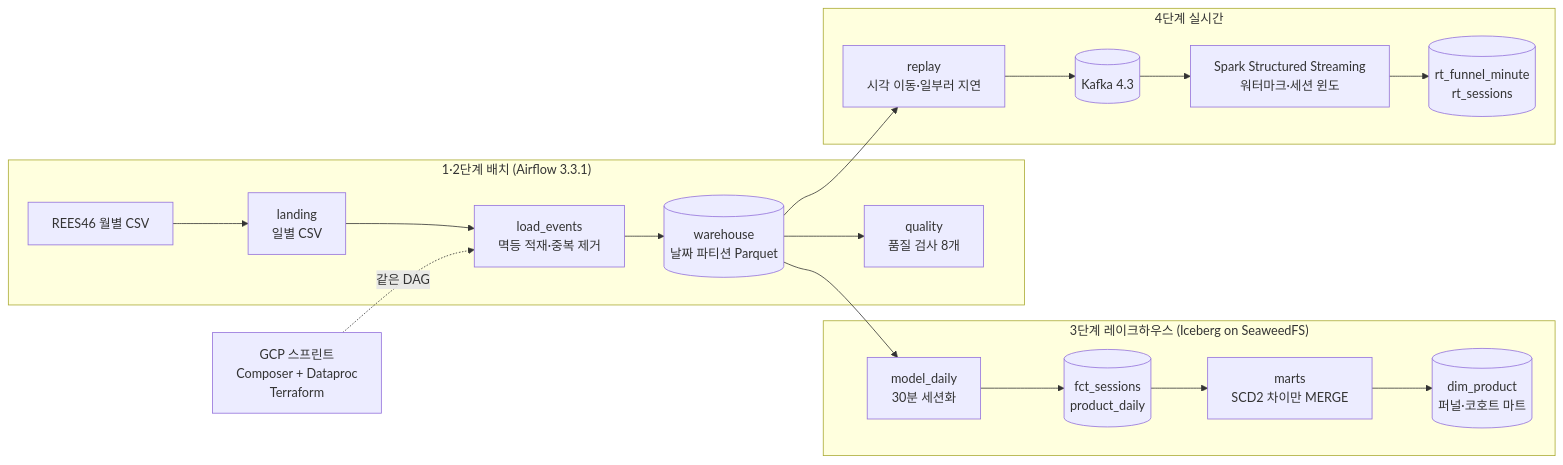
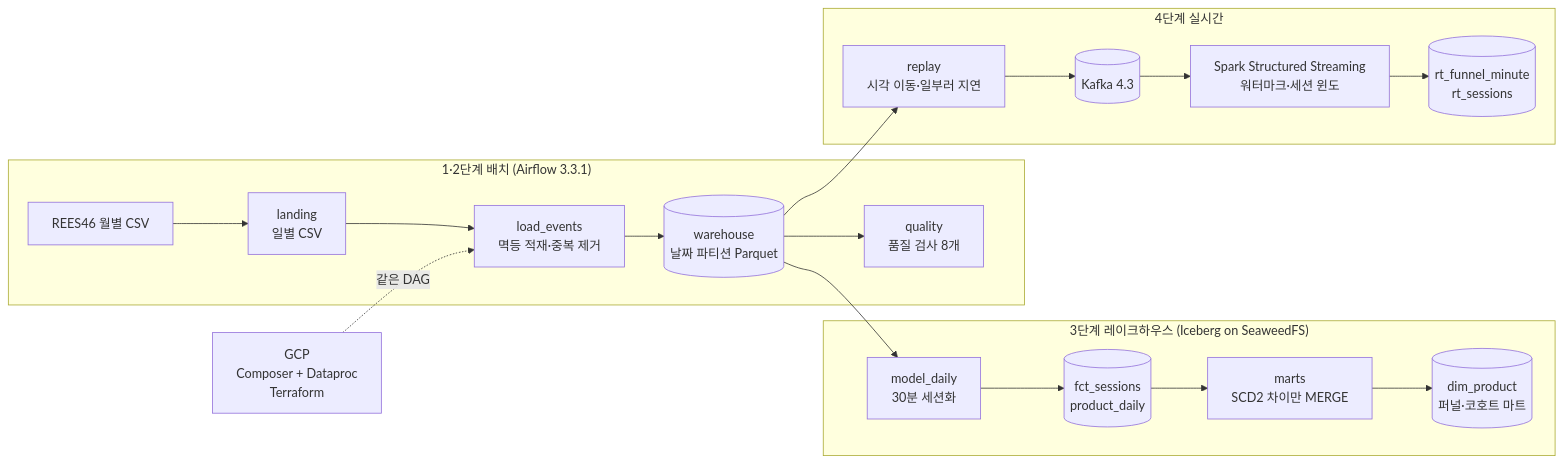
Before and after one commit to twenter1003/ecommerce-event-pipeline: the second of 2 diagrams in README.md, drawn with Mermaid. The commit also changed other lines of this file and 1 other file, not shown here.

````diff
--- a/README.md
+++ b/README.md
@@ -25,22 +50,22 @@
 ```mermaid
 flowchart LR
   subgraph B["1·2단계 배치 (Airflow 3.3.1)"]
     raw[REES46 월별 CSV] --> land[landing<br/>일별 CSV]
     land --> load[load_events<br/>멱등 적재·중복 제거]
     load --> wh[(warehouse<br/>날짜 파티션 Parquet)]
     wh --> qa[quality<br/>품질 검사 8개]
   end
   subgraph L["3단계 레이크하우스 (Iceberg on SeaweedFS)"]
     wh --> md[model_daily<br/>30분 세션화]
     md --> fact[(fct_sessions<br/>product_daily)]
     fact --> mt[marts<br/>SCD2 차이만 MERGE]
     mt --> mart[(dim_product<br/>퍼널·코호트 마트)]
   end
   subgraph R["4단계 실시간"]
     wh --> rp[replay<br/>시각 이동·일부러 지연]
     rp --> kf[(Kafka 4.3)]
     kf --> ss[Spark Structured Streaming<br/>워터마크·세션 윈도]
     ss --> rt[(rt_funnel_minute<br/>rt_sessions)]
   end
-  gcp[GCP 스프린트<br/>Composer + Dataproc<br/>Terraform] -. 같은 DAG .-> load
+  gcp[GCP<br/>Composer + Dataproc<br/>Terraform] -. 같은 DAG .-> load
 ```
````
